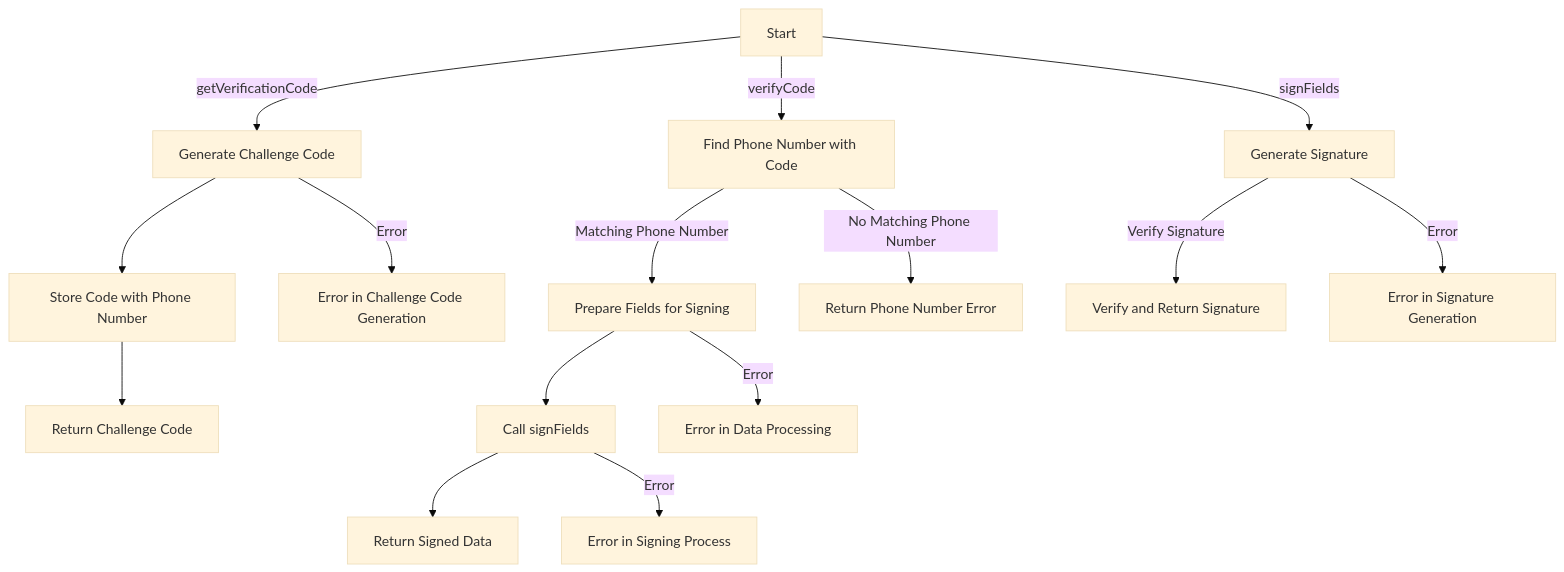
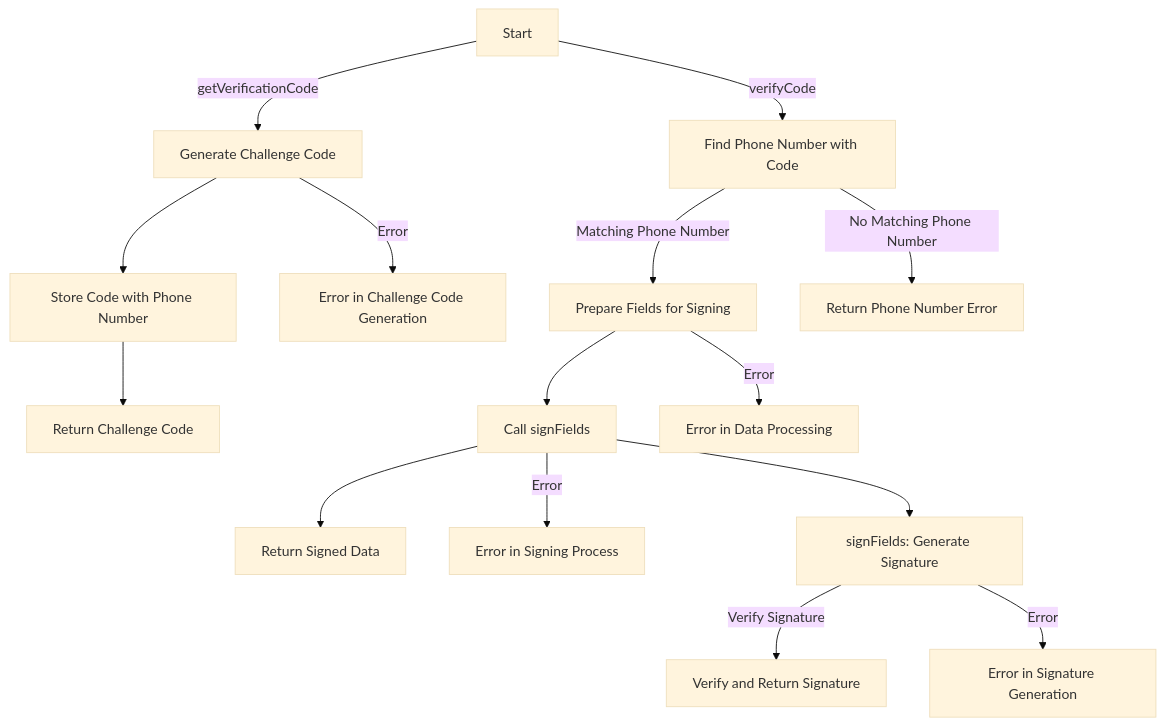
Before and after one commit to zguesmi/PRENDICO: the third of 5 diagrams in README.md, drawn with Mermaid (base theme).

Commit message:
update phone api mermaid

````diff
--- a/README.md
+++ b/README.md
@@ -67,20 +67,21 @@
 ```mermaid
 graph TD
     A[Start] -->|getVerificationCode| C[Generate Challenge Code]
     C --> D[Store Code with Phone Number]
     D --> E[Return Challenge Code]
     C -->|Error| F[Error in Challenge Code Generation]
 
     A -->|verifyCode| G[Find Phone Number with Code]
     G -->|Matching Phone Number| H[Prepare Fields for Signing]
     G -->|No Matching Phone Number| I[Return Phone Number Error]
     H --> J[Call signFields]
     J --> K[Return Signed Data]
-    H -->|Error| L[Error in Data Processing]
-    J -->|Error| M[Error in Signing Process]
+    J -->|Error| L[Error in Signing Process]
+    H -->|Error| M[Error in Data Processing]
 
-    A -->|signFields| N[Generate Signature]
+    J --> N[signFields: Generate Signature]
     N -->|Verify Signature| O[Verify and Return Signature]
     N -->|Error| P[Error in Signature Generation]
 
+
 ```
````
